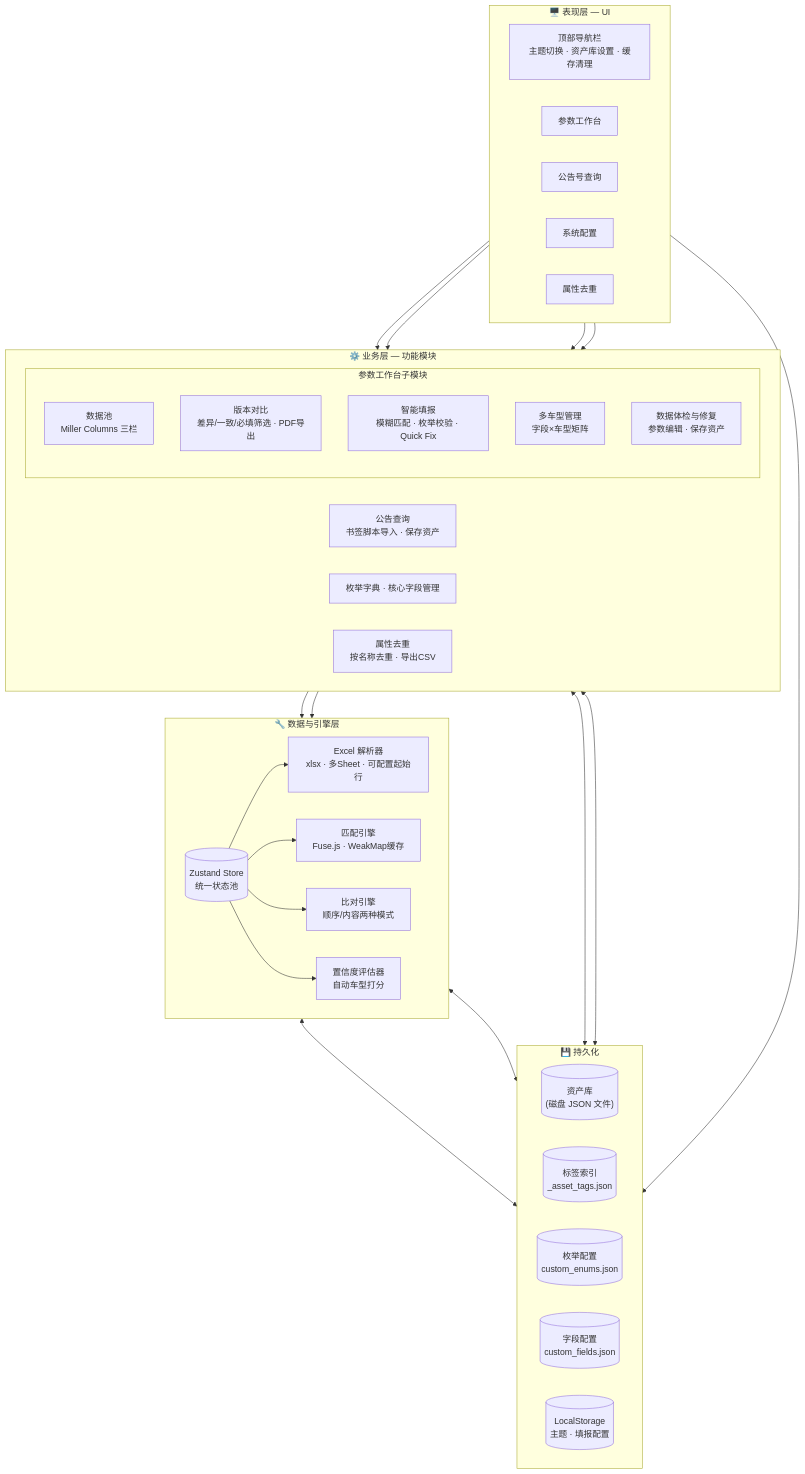
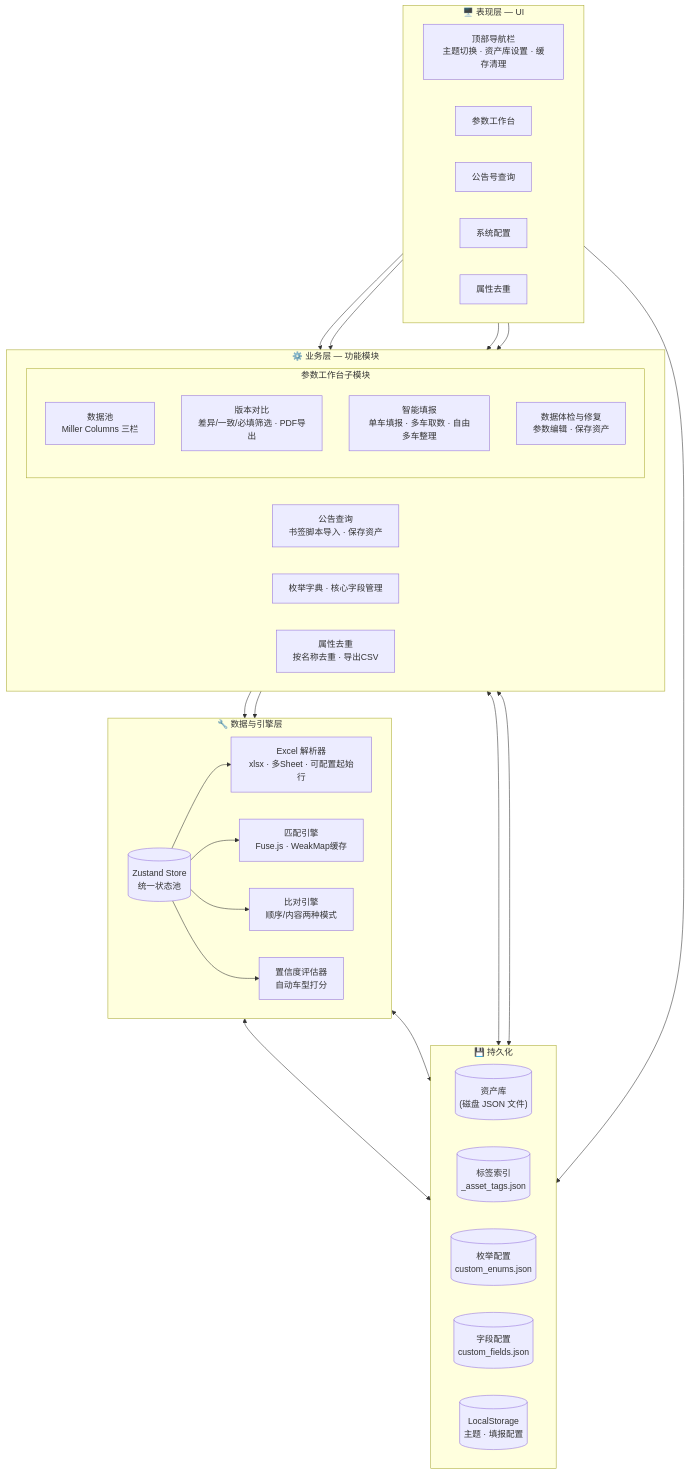
Before and after one commit to red-patch/vehicle-parameter: the first of 5 diagrams in docs/User_Manual_Lite.md, drawn with Mermaid. The commit also changed other lines of this file and 35 other files, not shown here.

````diff
--- a/docs/User_Manual_Lite.md
+++ b/docs/User_Manual_Lite.md
@@ -16,62 +16,61 @@
 ```mermaid
 flowchart TB
     subgraph 表现层["🖥️ 表现层 — UI"]
         direction LR
         NAV["顶部导航栏<br/>主题切换 · 资产库设置 · 缓存清理"]
         TAB_WB["参数工作台"]
         TAB_AQ["公告号查询"]
         TAB_CFG["系统配置"]
         TAB_DD["属性去重"]
     end
 
     subgraph 业务层["⚙️ 业务层 — 功能模块"]
         direction LR
         subgraph WB_TABS["参数工作台子模块"]
             direction TB
             POOL["数据池<br/>Miller Columns 三栏"]
             CMP["版本对比<br/>差异/一致/必填筛选 · PDF导出"]
-            FILL["智能填报<br/>模糊匹配 · 枚举校验 · Quick Fix"]
-            MULTI["多车型管理<br/>字段×车型矩阵"]
+            FILL["智能填报<br/>单车填报 · 多车取数 · 自由多车整理"]
             PURIFY["数据体检与修复<br/>参数编辑 · 保存资产"]
         end
         AQ_MOD["公告查询<br/>书签脚本导入 · 保存资产"]
         CFG_MOD["枚举字典 · 核心字段管理"]
         DD_MOD["属性去重<br/>按名称去重 · 导出CSV"]
     end
 
     subgraph 引擎层["🔧 数据与引擎层"]
         direction LR
         STORE[("Zustand Store<br/>统一状态池")]
         PARSER["Excel 解析器<br/>xlsx · 多Sheet · 可配置起始行"]
         MATCH["匹配引擎<br/>Fuse.js · WeakMap缓存"]
         DIFF["比对引擎<br/>顺序/内容两种模式"]
         CONF["置信度评估器<br/>自动车型打分"]
     end
 
     subgraph 持久层["💾 持久化"]
         direction LR
         ASSET[("资产库<br/>(磁盘 JSON 文件)")]
         TAGS[("标签索引<br/>_asset_tags.json")]
         ENUM[("枚举配置<br/>custom_enums.json")]
         FIELDS[("字段配置<br/>custom_fields.json")]
         LS[("LocalStorage<br/>主题 · 填报配置")]
     end
 
     TAB_WB --> WB_TABS
     TAB_AQ --> AQ_MOD
     TAB_CFG --> CFG_MOD
     TAB_DD --> DD_MOD
 
     WB_TABS --> STORE
     AQ_MOD --> STORE
     STORE --> PARSER
     STORE --> MATCH
     STORE --> DIFF
     STORE --> CONF
 
     STORE <--> ASSET
     STORE <--> TAGS
     CFG_MOD <--> ENUM
     CFG_MOD <--> FIELDS
     NAV --> LS
 ```
````
